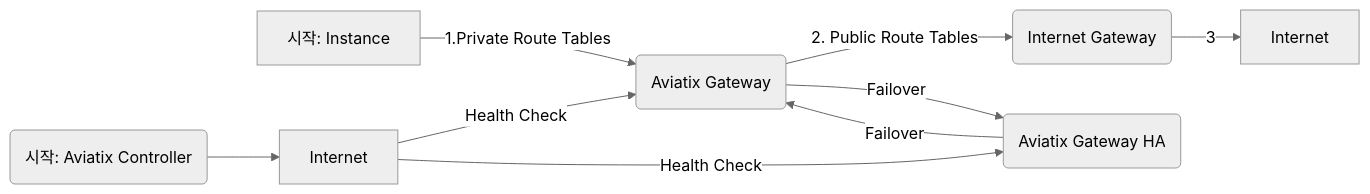
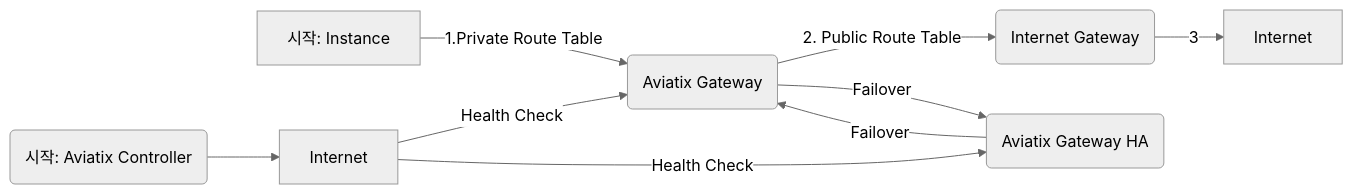
Before and after one commit to socar-inc/socar-inc.github.io: the first of 4 diagrams in _posts/2019-09-02-aviatrix-fqdn.md, drawn with Mermaid (neutral theme). The commit also changed other lines of this file, not shown here.

```diff
--- a/_posts/2019-09-02-aviatrix-fqdn.md
+++ b/_posts/2019-09-02-aviatrix-fqdn.md
@@ -126,11 +127,11 @@
 <div class="mermaid">
 graph LR;
-  CLIENT[시작: Instance] -->|1.Private  Route Tables| ag(Aviatix Gateway)
-    ag -->|2. Public Route Tables| igw(Internet Gateway)
+  CLIENT[시작: Instance] -->|1.Private  Route Table| ag(Aviatix Gateway)
+    ag -->|2. Public Route Table| igw(Internet Gateway)
     igw -->|3| int[Internet]
     ac(시작: Aviatix Controller) --> internet2[Internet]
     internet2[Internet]-->|Health Check| ag
     internet2[Internet]-->|Health Check| agha(Aviatix Gateway HA)
     ag-->|Failover| agha(Aviatix Gateway HA)
     agha-->|Failover| ag
 </div>
```
